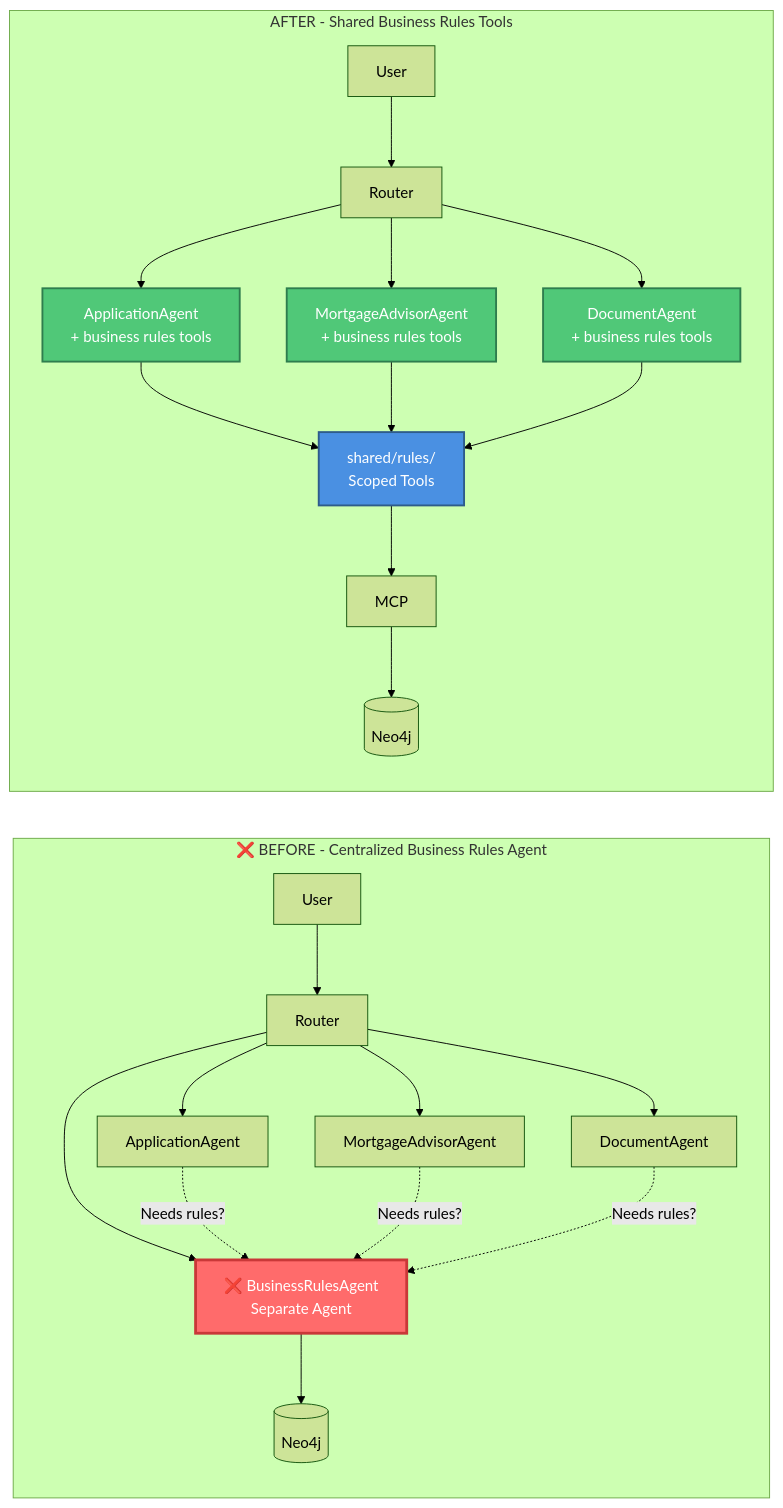
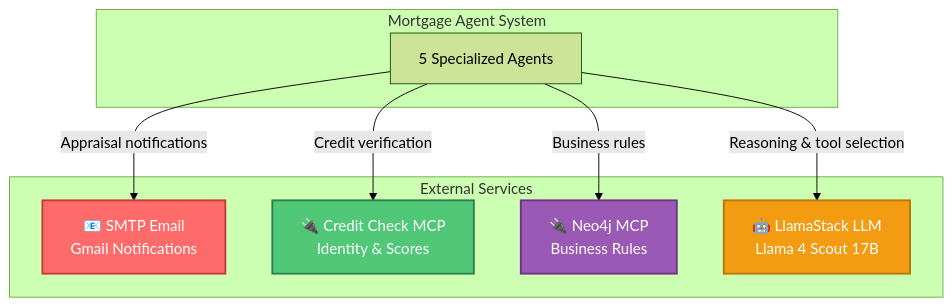
Before and after one commit to rrbanda/mortgage-agents: the second of 7 diagrams in docs/ARCHITECTURE_DIAGRAMS.md, drawn with Mermaid (forest theme). The commit also changed other lines of this file, not shown here.

First line of the commit message:
docs: Update ARCHITECTURE_DIAGRAMS.md with appraisal scheduling feature

````diff
--- a/docs/ARCHITECTURE_DIAGRAMS.md
+++ b/docs/ARCHITECTURE_DIAGRAMS.md
@@ -98,35 +102,23 @@
 ```mermaid
-graph LR
-    subgraph "❌ BEFORE - Centralized Business Rules Agent"
-        U1[User] --> R1[Router]
-        R1 --> A1[ApplicationAgent]
-        R1 --> M1[MortgageAdvisorAgent]
-        R1 --> D1[DocumentAgent]
-        R1 --> BR1[❌ BusinessRulesAgent<br/>Separate Agent]
-        
-        A1 -.->|Needs rules?| BR1
-        M1 -.->|Needs rules?| BR1
-        D1 -.->|Needs rules?| BR1
-        BR1 --> N1[(Neo4j)]
-        
-        style BR1 fill:#FF6B6B,stroke:#C93838,stroke-width:3px,color:#fff
+graph TB
+    subgraph "Mortgage Agent System"
+        Agents[5 Specialized Agents]
     end
     
-    subgraph " AFTER - Shared Business Rules Tools"
-        U2[User] --> R2[Router]
-        R2 --> A2[ApplicationAgent<br/>+ business rules tools]
-        R2 --> M2[MortgageAdvisorAgent<br/>+ business rules tools]
-        R2 --> D2[DocumentAgent<br/>+ business rules tools]
-        
-        A2 --> BR2[ shared/rules/<br/>Scoped Tools]
-        M2 --> BR2
-        D2 --> BR2
-        BR2 --> MCP[MCP]
-        MCP --> N2[(Neo4j)]
-        
-        style A2 fill:#50C878,stroke:#2E7D4E,stroke-width:2px,color:#fff
-        style M2 fill:#50C878,stroke:#2E7D4E,stroke-width:2px,color:#fff
-        style D2 fill:#50C878,stroke:#2E7D4E,stroke-width:2px,color:#fff
-        style BR2 fill:#4A90E2,stroke:#2E5C8A,stroke-width:2px,color:#fff
+    subgraph "External Services"
+        Email[📧 SMTP Email<br/>Gmail Notifications]
+        CreditMCP[🔌 Credit Check MCP<br/>Identity & Scores]
+        Neo4jMCP[🔌 Neo4j MCP<br/>Business Rules]
+        LLM[🤖 LlamaStack LLM<br/>Llama 4 Scout 17B]
     end
+    
+    Agents -->|Appraisal notifications| Email
+    Agents -->|Credit verification| CreditMCP
+    Agents -->|Business rules| Neo4jMCP
+    Agents -->|Reasoning & tool selection| LLM
+    
+    style Email fill:#FF6B6B,stroke:#C93838,stroke-width:2px,color:#fff
+    style CreditMCP fill:#50C878,stroke:#2E7D4E,stroke-width:2px,color:#fff
+    style Neo4jMCP fill:#9B59B6,stroke:#6C3483,stroke-width:2px,color:#fff
+    style LLM fill:#F39C12,stroke:#B8770A,stroke-width:2px,color:#fff
 ```
````
